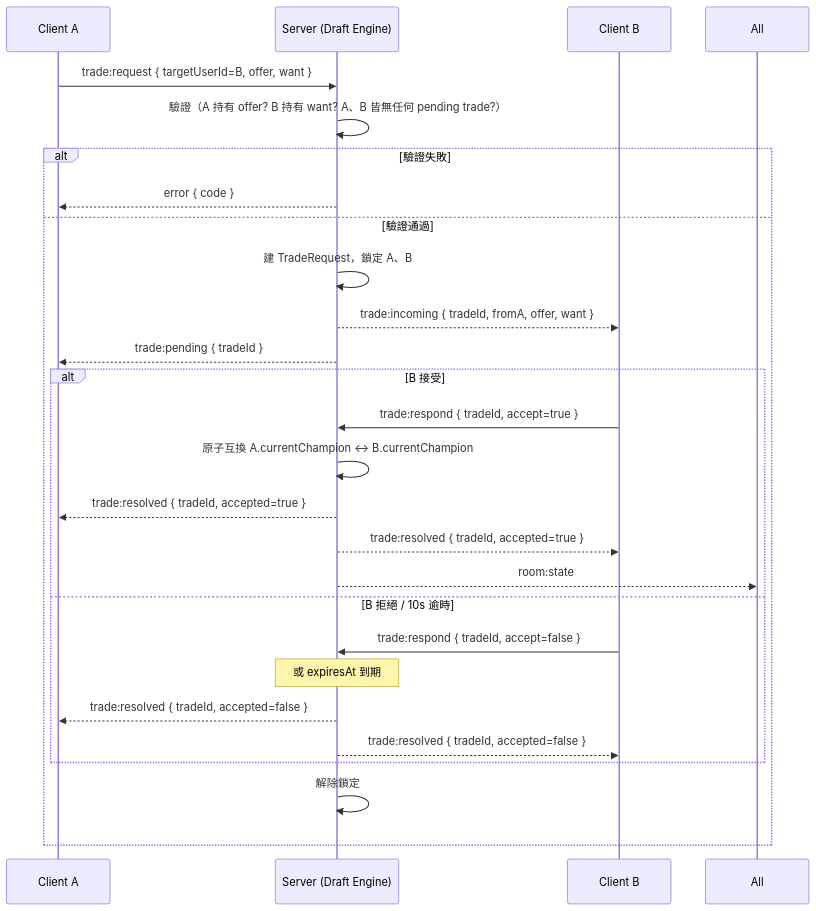
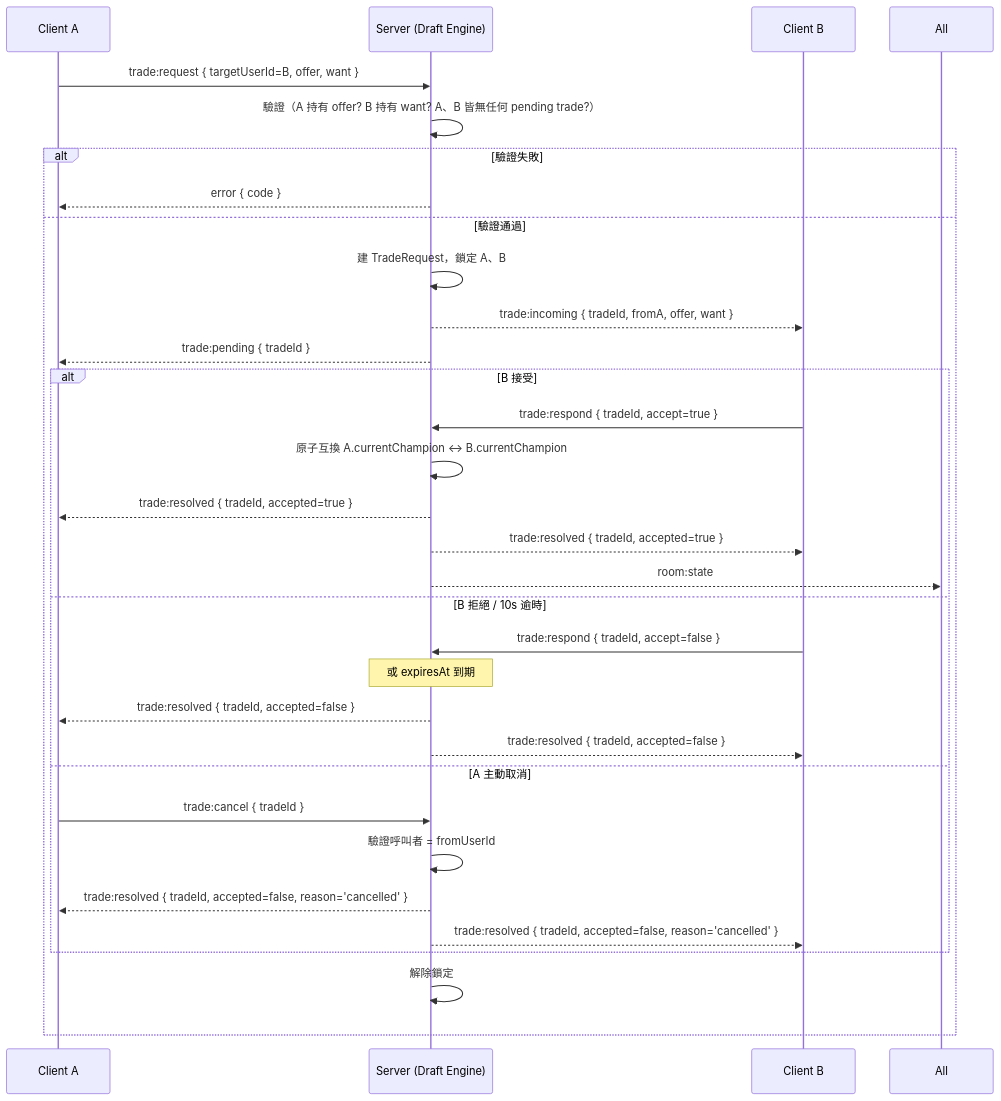
Before and after one commit to zhijiehuang111/game-draft-system: the fourth of 5 diagrams in docs/detailed-design.md, drawn with Mermaid. The commit also changed other lines of this file and 1 other file, not shown here.

Commit message:
feat: add trade cancellation feature to docs

````diff
--- a/docs/detailed-design.md
+++ b/docs/detailed-design.md
@@ -352,30 +353,35 @@
 ```mermaid
 sequenceDiagram
   participant A as Client A
   participant S as Server (Draft Engine)
   participant B as Client B
 
   A->>S: trade:request { targetUserId=B, offer, want }
   S->>S: 驗證（A 持有 offer? B 持有 want? A、B 皆無任何 pending trade?）
   alt 驗證失敗
     S-->>A: error { code }
   else 驗證通過
     S->>S: 建 TradeRequest，鎖定 A、B
     S-->>B: trade:incoming { tradeId, fromA, offer, want }
     S-->>A: trade:pending { tradeId }
 
     alt B 接受
       B->>S: trade:respond { tradeId, accept=true }
       S->>S: 原子互換 A.currentChampion ↔ B.currentChampion
       S-->>A: trade:resolved { tradeId, accepted=true }
       S-->>B: trade:resolved { tradeId, accepted=true }
       S-->>All: room:state
     else B 拒絕 / 10s 逾時
       B->>S: trade:respond { tradeId, accept=false }
       Note over S: 或 expiresAt 到期
       S-->>A: trade:resolved { tradeId, accepted=false }
       S-->>B: trade:resolved { tradeId, accepted=false }
+    else A 主動取消
+      A->>S: trade:cancel { tradeId }
+      S->>S: 驗證呼叫者 = fromUserId
+      S-->>A: trade:resolved { tradeId, accepted=false, reason='cancelled' }
+      S-->>B: trade:resolved { tradeId, accepted=false, reason='cancelled' }
     end
     S->>S: 解除鎖定
   end
 ```
````
